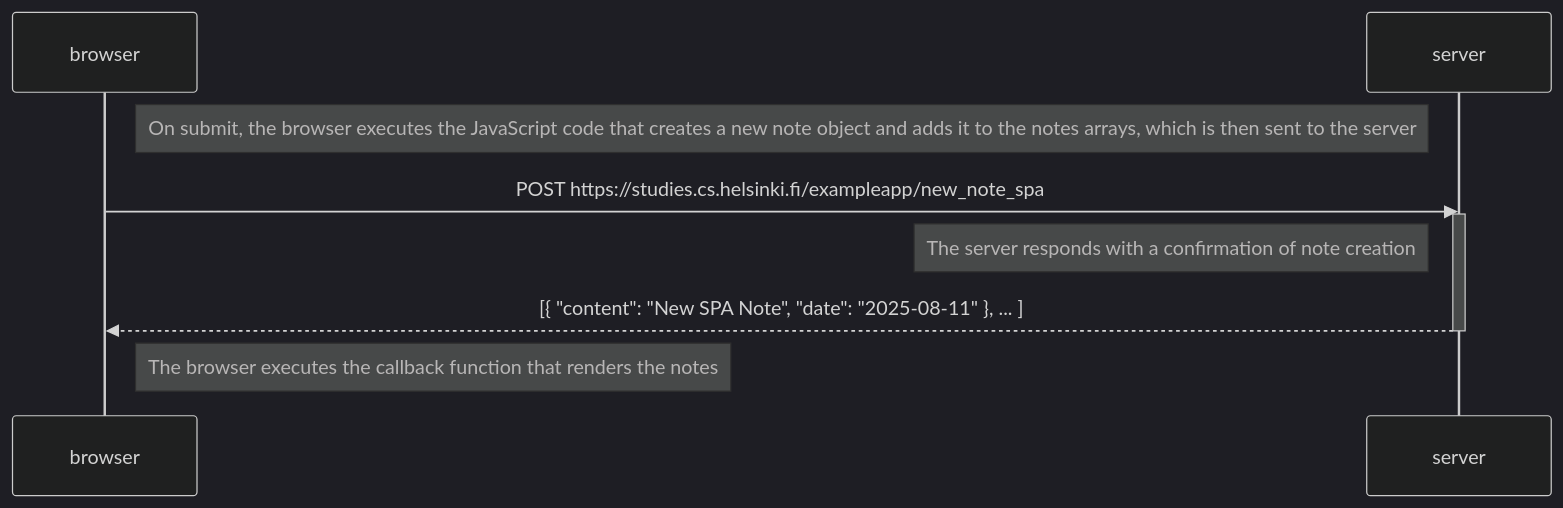
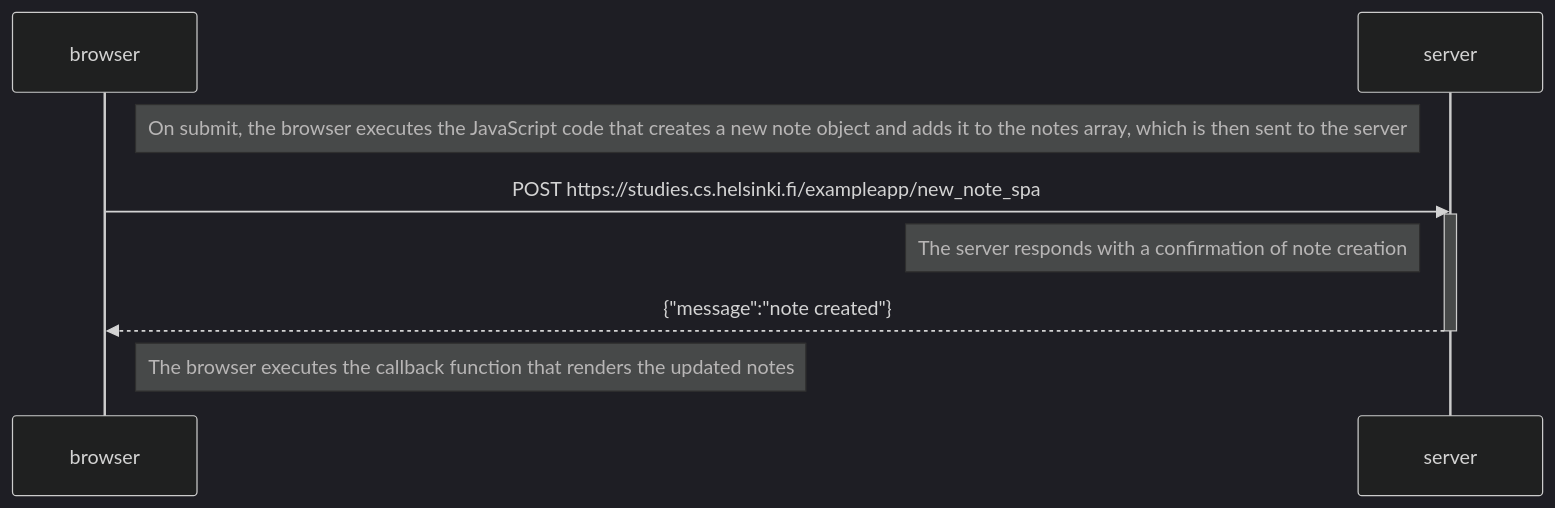
One commit to misheho/full_stack_mluukkai changed the diagram in part0/new_note_spa.md. Above: the diagram before and after it, drawn with Mermaid (dark theme).

Commit message:
minor changes on diagrams

````diff
--- a/part0/new_note_spa.md
+++ b/part0/new_note_spa.md
@@ -1,18 +1,18 @@
 ```mermaid
 sequenceDiagram
     participant browser
     participant server
     
-    Note right of browser: On submit, the browser executes the JavaScript code that creates a new note object and adds it to the notes arrays, which is then sent to the server
+    Note right of browser: On submit, the browser executes the JavaScript code that creates a new note object and adds it to the notes array, which is then sent to the server
     
     browser->>server: POST https://studies.cs.helsinki.fi/exampleapp/new_note_spa
     activate server
     
     Note left of server: The server responds with a confirmation of note creation  
  
-    server-->>browser: [{ "content": "New SPA Note", "date": "2025-08-11" }, ... ]
+    server-->>browser: {"message":"note created"}
     deactivate server
     
-    Note right of browser: The browser executes the callback function that renders the notes
+    Note right of browser: The browser executes the callback function that renders the updated notes
 
 ```
````
